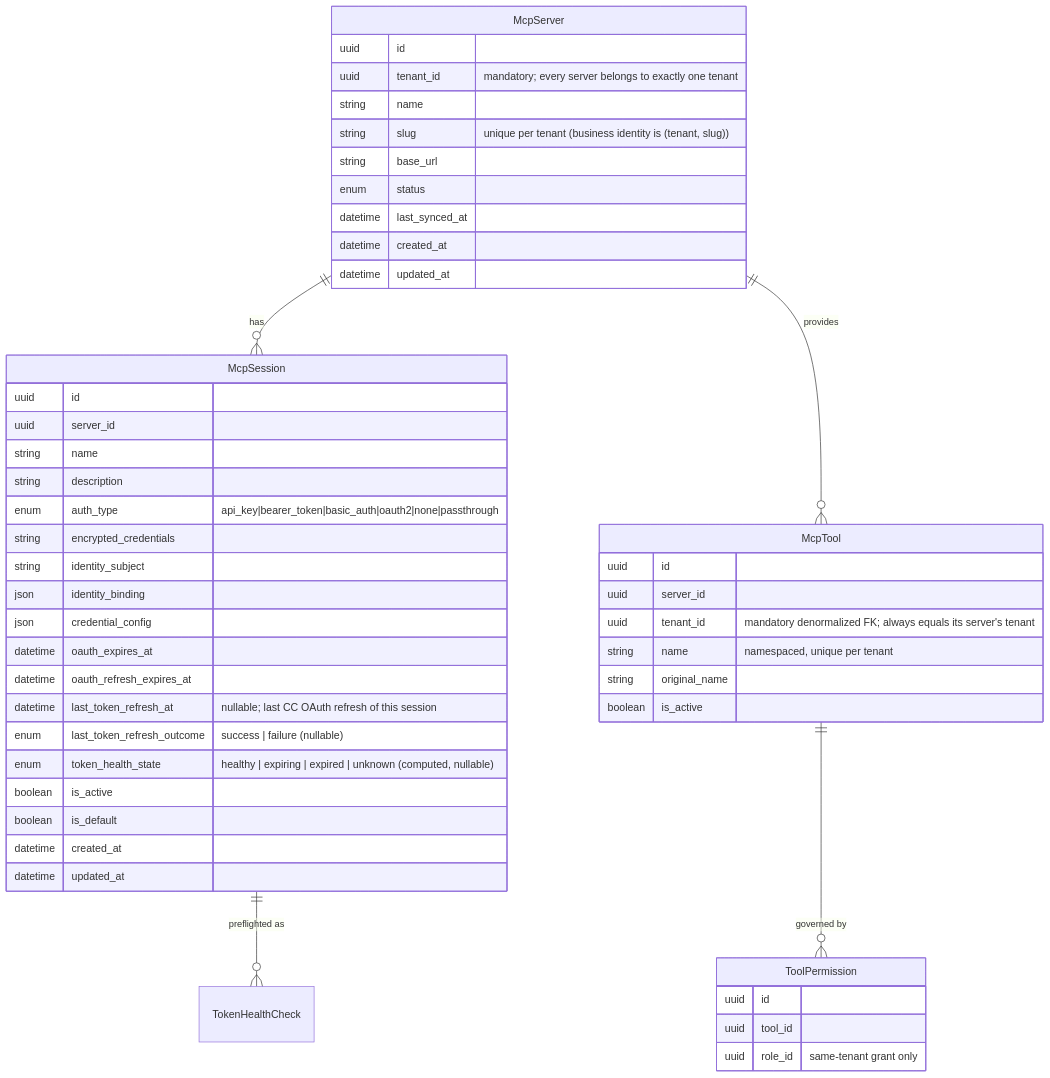
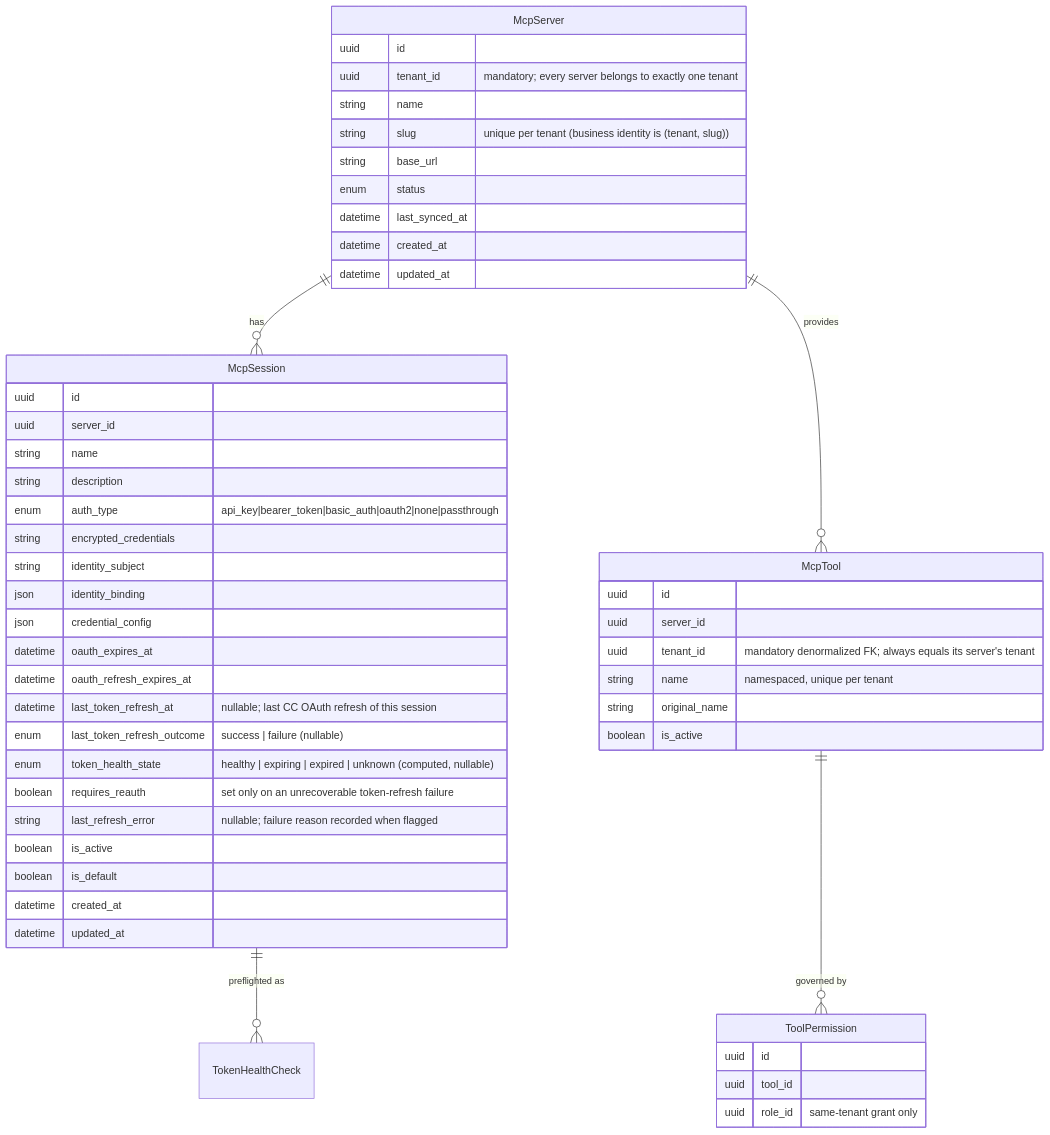
Before and after one commit to hurungang/parthenon: the first of 2 diagrams in docs/master/data-model/modules/mcp-hub/entities.md, drawn with Mermaid. The commit also changed other lines of this file and 269 other files, not shown here.

````diff
--- a/docs/master/data-model/modules/mcp-hub/entities.md
+++ b/docs/master/data-model/modules/mcp-hub/entities.md
@@ -3,52 +3,54 @@
 ```mermaid
 erDiagram
     McpServer {
         uuid id
         uuid tenant_id "mandatory; every server belongs to exactly one tenant"
         string name
         string slug "unique per tenant (business identity is (tenant, slug))"
         string base_url
         enum status
         datetime last_synced_at
         datetime created_at
         datetime updated_at
     }
     McpSession {
         uuid id
         uuid server_id
         string name
         string description
         enum auth_type "api_key|bearer_token|basic_auth|oauth2|none|passthrough"
         string encrypted_credentials
         string identity_subject
         json identity_binding
         json credential_config
         datetime oauth_expires_at
         datetime oauth_refresh_expires_at
         datetime last_token_refresh_at "nullable; last CC OAuth refresh of this session"
         enum last_token_refresh_outcome "success | failure (nullable)"
         enum token_health_state "healthy | expiring | expired | unknown (computed, nullable)"
+        boolean requires_reauth "set only on an unrecoverable token-refresh failure"
+        string last_refresh_error "nullable; failure reason recorded when flagged"
         boolean is_active
         boolean is_default
         datetime created_at
         datetime updated_at
     }
     McpTool {
         uuid id
         uuid server_id
         uuid tenant_id "mandatory denormalized FK; always equals its server's tenant"
         string name "namespaced, unique per tenant"
         string original_name
         boolean is_active
     }
     ToolPermission {
         uuid id
         uuid tool_id
         uuid role_id "same-tenant grant only"
     }
 
     McpServer ||--o{ McpSession : "has"
     McpServer ||--o{ McpTool : "provides"
     McpTool ||--o{ ToolPermission : "governed by"
     McpSession ||--o{ TokenHealthCheck : "preflighted as"
 ```
````
